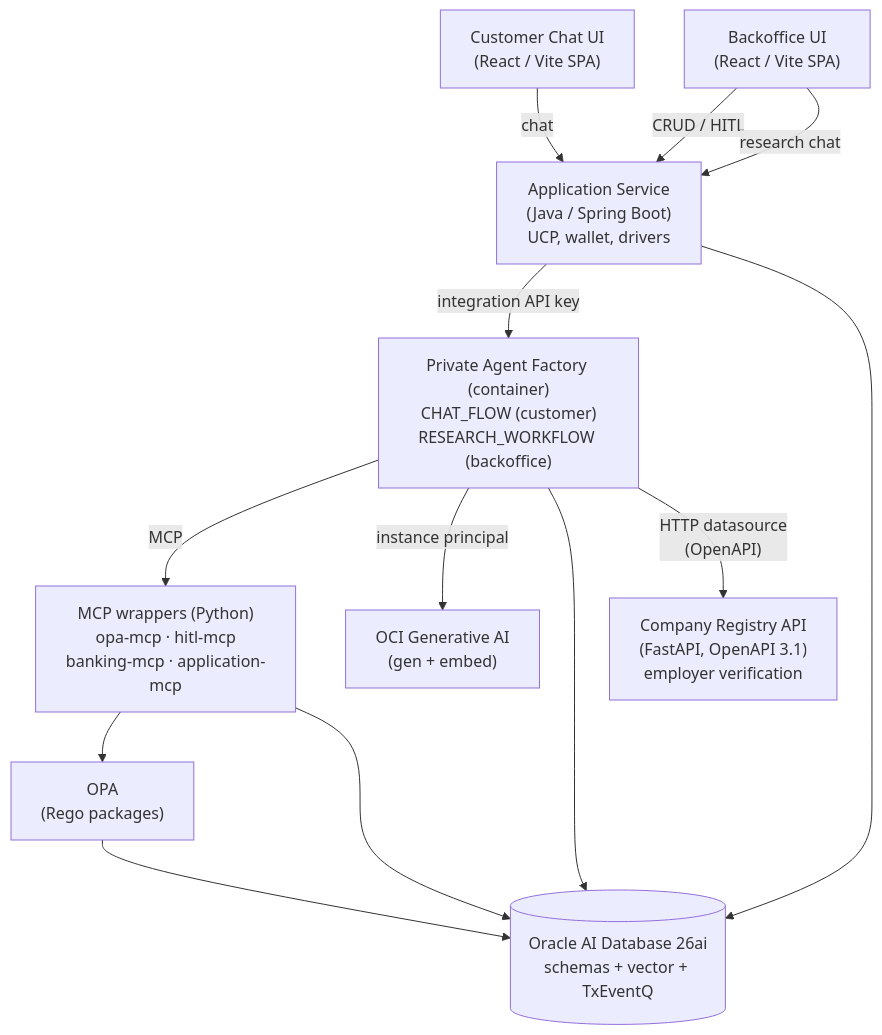
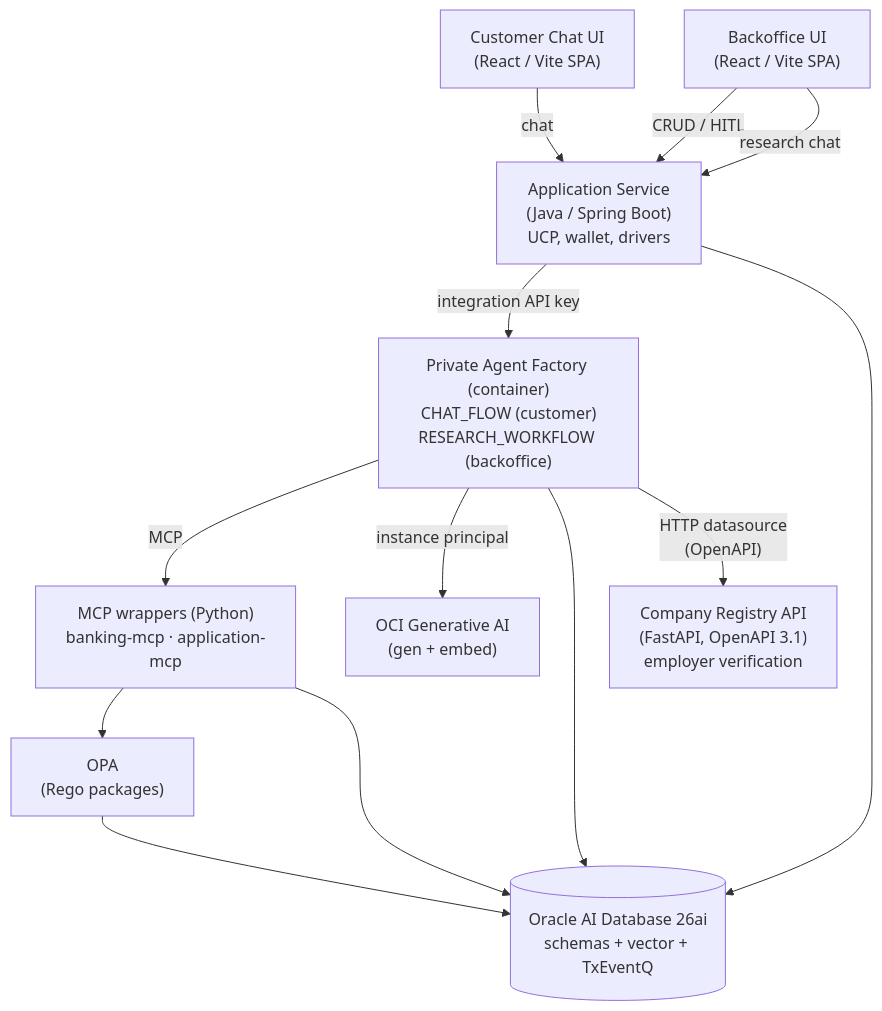
Before and after one commit to vmleon/oracle-database-private-agent-factory-poc: the diagram in docs/DESIGN.md, drawn with Mermaid. The commit also changed other lines of this file and 21 other files, not shown here.

````diff
--- a/docs/DESIGN.md
+++ b/docs/DESIGN.md
@@ -39,25 +39,25 @@
 ```mermaid
 flowchart TB
     customer["Customer Chat UI<br/>(React / Vite SPA)"]
     backoffice["Backoffice UI<br/>(React / Vite SPA)"]
     appsvc["Application Service<br/>(Java / Spring Boot)<br/>UCP, wallet, drivers"]
-    ai["MCP wrappers (Python)<br/>opa-mcp · hitl-mcp<br/>banking-mcp · application-mcp"]
+    ai["MCP wrappers (Python)<br/>banking-mcp · application-mcp"]
     registry["Company Registry API<br/>(FastAPI, OpenAPI 3.1)<br/>employer verification"]
     paf["Private Agent Factory (container)<br/>CHAT_FLOW (customer)<br/>RESEARCH_WORKFLOW (backoffice)"]
     opa["OPA<br/>(Rego packages)"]
     genai["OCI Generative AI<br/>(gen + embed)"]
     db[("Oracle AI Database 26ai<br/>schemas + vector + TxEventQ")]
 
     customer -- chat --> appsvc
     backoffice -- "CRUD / HITL" --> appsvc
     backoffice -- "research chat" --> appsvc
     appsvc -- "integration API key" --> paf
     paf -- "MCP" --> ai
     ai --> opa
     ai --> db
     paf -- "instance principal" --> genai
     paf --> db
     paf -- "HTTP datasource<br/>(OpenAPI)" --> registry
     opa --> db
     appsvc --> db
 ```
````
